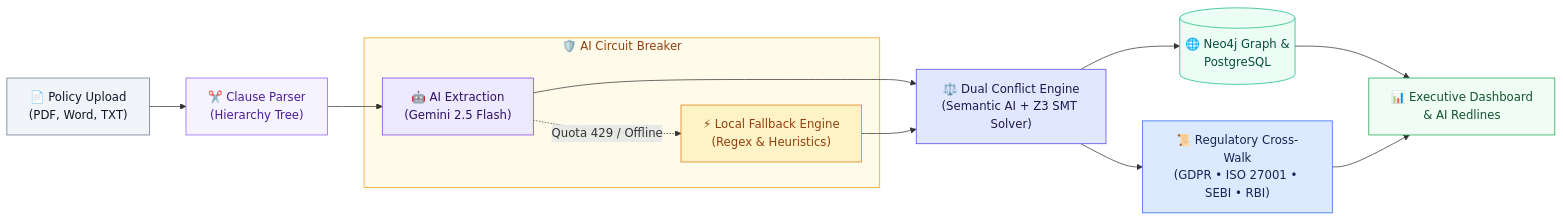
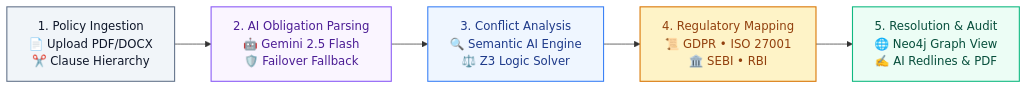
The second of 2 diagrams in README.md (Sangamithraa077/PolicySentinel), drawn with Mermaid before and after one commit. The commit also changed other lines of this file, not shown here.

Commit message:
system archi flow check

````diff
--- a/README.md
+++ b/README.md
@@ -33,28 +81,14 @@
 ```mermaid
 flowchart LR
-    A["📄 Policy Upload\n(PDF, Word, TXT)"] --> B["✂️ Clause Parser\n(Hierarchy Tree)"]
-    B --> C["🤖 AI Extraction\n(Gemini 2.5 Flash)"]
-    
-    subgraph Resilience["🛡️ AI Circuit Breaker"]
-        C -.->|Quota 429 / Offline| CB["⚡ Local Fallback Engine\n(Regex & Heuristics)"]
-    end
-    
-    C --> D["⚖️ Dual Conflict Engine\n(Semantic AI + Z3 SMT Solver)"]
-    CB --> D
-    
-    D --> E[("🌐 Neo4j Graph &\nPostgreSQL")]
-    D --> F["📜 Regulatory Cross-Walk\n(GDPR • ISO 27001 • SEBI • RBI)"]
-    
-    E --> G["📊 Executive Dashboard\n& AI Redlines"]
-    F --> G
+    Step1["1. Policy Ingestion\n📄 Upload PDF/DOCX\n✂️ Clause Hierarchy"] 
+    --> Step2["2. AI Obligation Parsing\n🤖 Gemini 2.5 Flash\n🛡️ Failover Fallback"]
+    --> Step3["3. Conflict Analysis\n🔍 Semantic AI Engine\n⚖️ Z3 Logic Solver"]
+    --> Step4["4. Regulatory Mapping\n📜 GDPR • ISO 27001\n🏛️ SEBI • RBI"]
+    --> Step5["5. Resolution & Audit\n🌐 Neo4j Graph View\n✍️ AI Redlines & PDF"]
 
-    style A fill:#F1F5F9,stroke:#64748B,color:#0F172A
-    style B fill:#F5F3FF,stroke:#8B5CF6,color:#4C1D95
-    style C fill:#EDE9FE,stroke:#7C3AED,color:#2E1065
-    style Resilience fill:#FFFBEB,stroke:#F59E0B,color:#92400E
-    style CB fill:#FEF3C7,stroke:#D97706,color:#92400E
-    style D fill:#E0E7FF,stroke:#4F46E5,color:#1E1B4B
-    style E fill:#ECFDF5,stroke:#10B981,color:#064E3B
-    style F fill:#DBEAFE,stroke:#2563EB,color:#172554
-    style G fill:#F0FDF4,stroke:#16A34A,color:#14532D
+    style Step1 fill:#F1F5F9,stroke:#64748B,stroke-width:1.5px,color:#0F172A
+    style Step2 fill:#FAF5FF,stroke:#8B5CF6,stroke-width:1.5px,color:#4C1D95
+    style Step3 fill:#EFF6FF,stroke:#3B82F6,stroke-width:1.5px,color:#1E3A8A
+    style Step4 fill:#FEF3C7,stroke:#D97706,stroke-width:1.5px,color:#92400E
+    style Step5 fill:#ECFDF5,stroke:#10B981,stroke-width:1.5px,color:#064E3B
 ```
````
